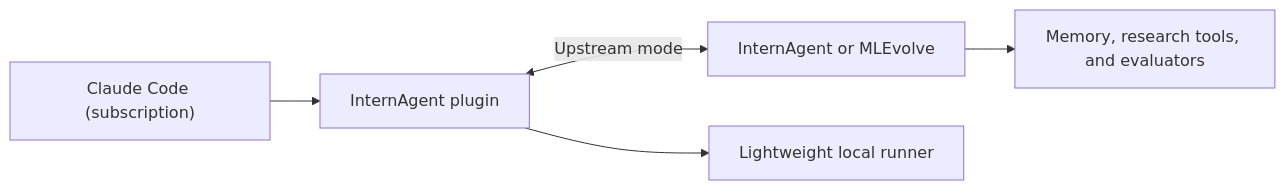
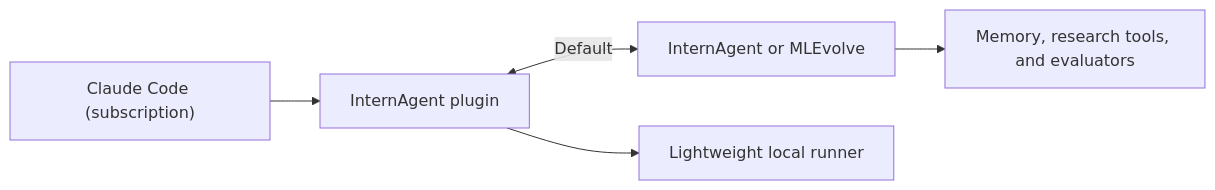
Before and after one commit to rexkwoncode/internagent-claude: the second of 2 diagrams in README.md, drawn with Mermaid. The commit also changed other lines of this file and 11 other files, not shown here.

Commit message:
Default to the original upstream research engines

````diff
--- a/README.md
+++ b/README.md
@@ -32,7 +32,7 @@
 ```mermaid
 flowchart LR
     Claude["Claude Code (subscription)"] --> Plugin["InternAgent plugin"]
-    Plugin <-->|Upstream mode| Engine["InternAgent or MLEvolve"]
+    Plugin <-->|Default| Engine["InternAgent or MLEvolve"]
     Engine --> Sources["Memory, research tools, and evaluators"]
     Plugin --> Runner["Lightweight local runner"]
 ```
````
